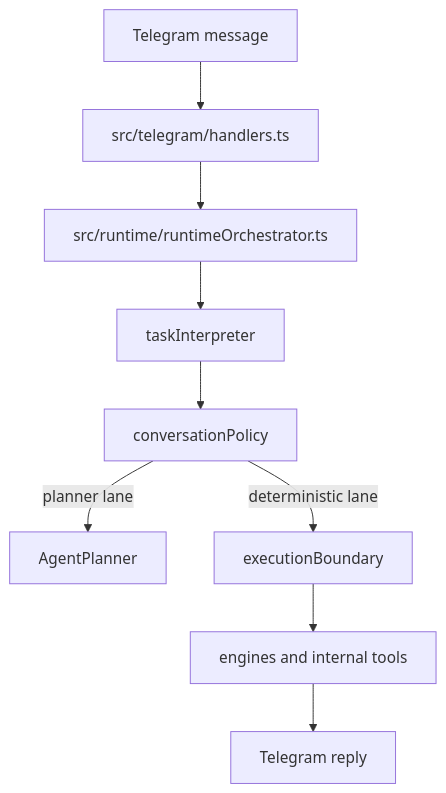
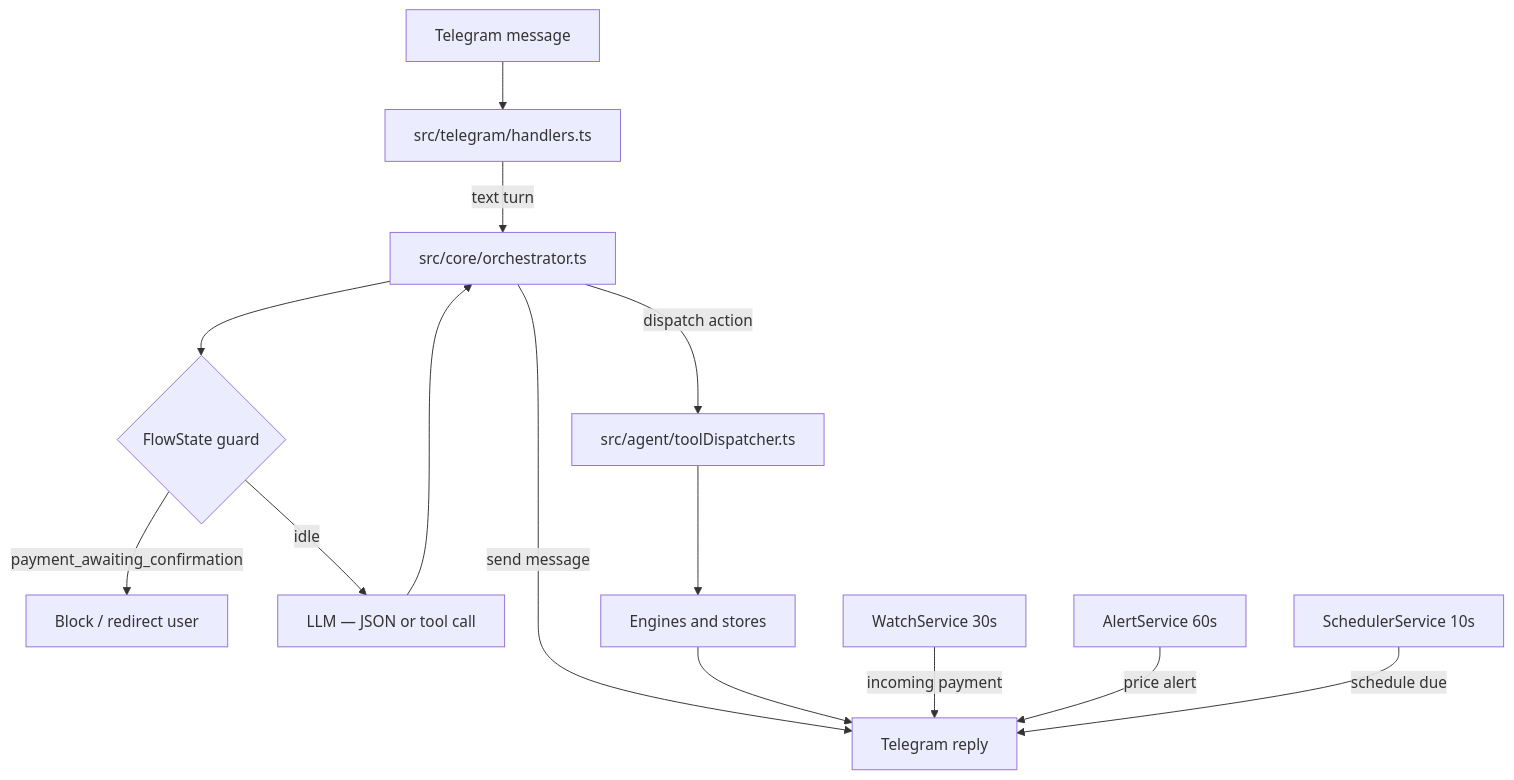
The diagram in docs/architecture/system-overview.md (dnebayis/ArcPayAgent), drawn with Mermaid before and after one commit. The commit also changed other lines of this file and 4 other files, not shown here.

````diff
--- a/docs/architecture/system-overview.md
+++ b/docs/architecture/system-overview.md
@@ -5,11 +5,16 @@
 ```mermaid
 flowchart TD
     A[Telegram message] --> B[src/telegram/handlers.ts]
-    B --> C[src/runtime/runtimeOrchestrator.ts]
-    C --> D[taskInterpreter]
-    D --> E[conversationPolicy]
-    E -->|planner lane| F[AgentPlanner]
-    E -->|deterministic lane| G[executionBoundary]
-    G --> H[engines and internal tools]
-    H --> I[Telegram reply]
+    B -->|text turn| O[src/core/orchestrator.ts]
+    O --> FS{FlowState guard}
+    FS -->|payment_awaiting_confirmation| BLOCK[Block / redirect user]
+    FS -->|idle| LLM[LLM — JSON or tool call]
+    LLM --> O
+    O -->|send message| TG[Telegram reply]
+    O -->|dispatch action| D[src/agent/toolDispatcher.ts]
+    D --> EN[Engines and stores]
+    EN --> TG
+    W[WatchService 30s] -->|incoming payment| TG
+    AL[AlertService 60s] -->|price alert| TG
+    SC[SchedulerService 10s] -->|schedule due| TG
 ```
````
